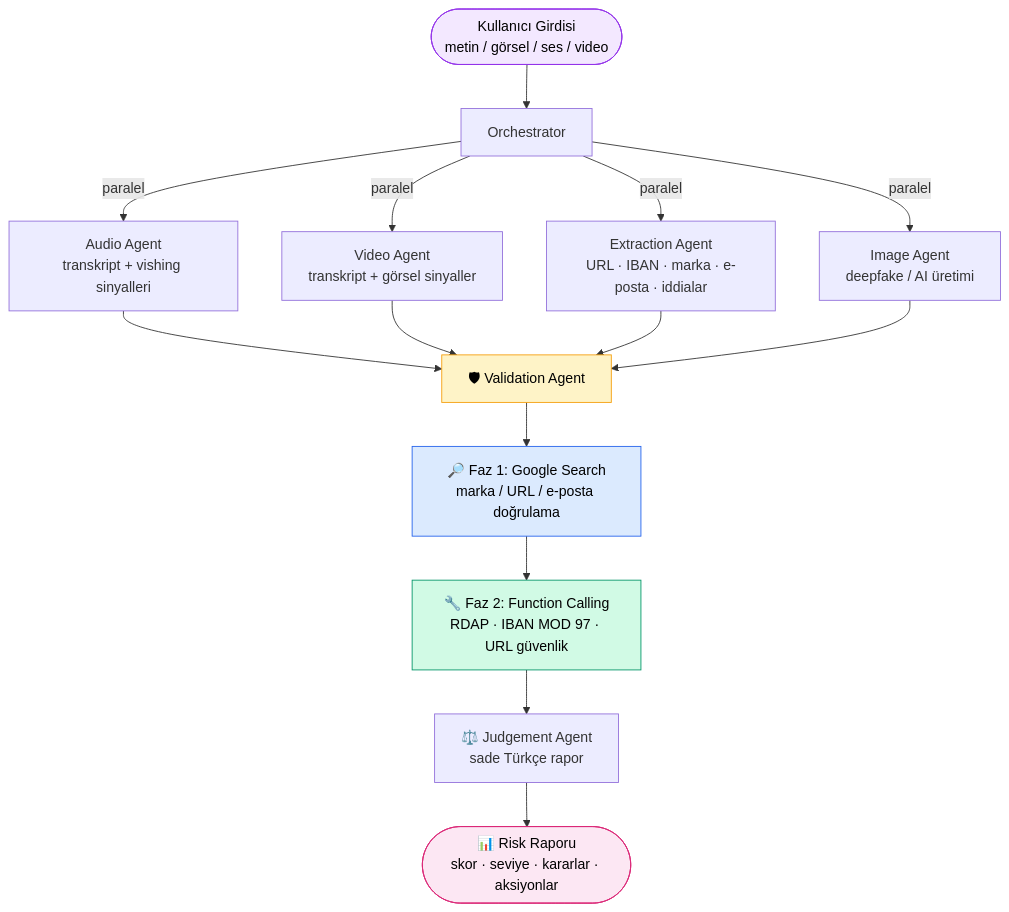
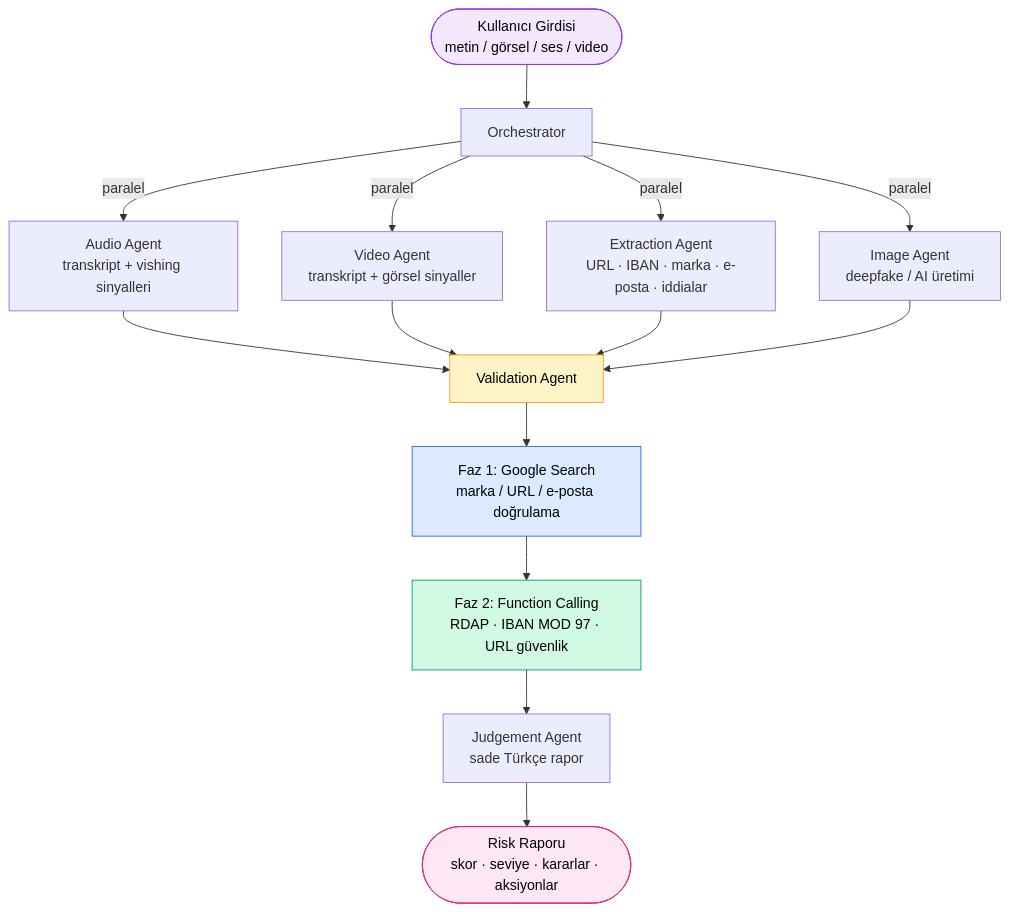
One commit to ArdaAyd/suphe-kalkani changed the diagram in README.md. Above: the diagram before and after it, drawn with Mermaid.

Commit message:
README dosyasında gereksiz parçalar kaldırıldı

````diff
--- a/README.md
+++ b/README.md
@@ -58,28 +58,28 @@
 ```mermaid
 flowchart TD
     Input(["Kullanıcı Girdisi<br/>metin / görsel / ses / video"])
     Input --> Orch["Orchestrator"]
 
     Orch -->|paralel| Audio["Audio Agent<br/>transkript + vishing sinyalleri"]
     Orch -->|paralel| Video["Video Agent<br/>transkript + görsel sinyaller"]
     Orch -->|paralel| Ext["Extraction Agent<br/>URL · IBAN · marka · e-posta · iddialar"]
     Orch -->|paralel| Img["Image Agent<br/>deepfake / AI üretimi"]
 
     Audio --> Val
     Video --> Val
     Ext --> Val
     Img --> Val
 
-    Val["🛡 Validation Agent"]
-    Val --> P1["🔎 Faz 1: Google Search<br/>marka / URL / e-posta doğrulama"]
-    P1 --> P2["🔧 Faz 2: Function Calling<br/>RDAP · IBAN MOD 97 · URL güvenlik"]
-    P2 --> Judge["⚖️ Judgement Agent<br/>sade Türkçe rapor"]
+    Val["Validation Agent"]
+    Val --> P1["Faz 1: Google Search<br/>marka / URL / e-posta doğrulama"]
+    P1 --> P2["Faz 2: Function Calling<br/>RDAP · IBAN MOD 97 · URL güvenlik"]
+    P2 --> Judge["Judgement Agent<br/>sade Türkçe rapor"]
 
-    Judge --> Out(["📊 Risk Raporu<br/>skor · seviye · kararlar · aksiyonlar"])
+    Judge --> Out(["Risk Raporu<br/>skor · seviye · kararlar · aksiyonlar"])
 
     style Input fill:#f3e8ff,stroke:#9333ea,color:#000
     style Val fill:#fef3c7,stroke:#f59e0b,color:#000
     style P1 fill:#dbeafe,stroke:#2563eb,color:#000
     style P2 fill:#d1fae5,stroke:#059669,color:#000
     style Out fill:#fce7f3,stroke:#db2777,color:#000
 ```
````
